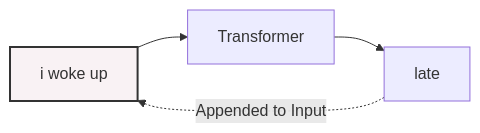
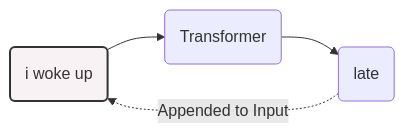
The first of 2 diagrams in blog/content/preface.md (Lyd1aCla1r3/lyd1acla1r3.github.io), drawn with Mermaid before and after one commit. The commit also changed other lines of this file and 3 other files, not shown here.

Commit message:
Update Mermaid aesthetic and format vocabulary as table

````diff
--- a/blog/content/preface.md
+++ b/blog/content/preface.md
@@ -49,7 +42,7 @@
 ```mermaid
 graph LR
-    A["<BOS> i woke up"] --> B[Transformer]
-    B --> C["late"]
+    A("<BOS> i woke up") --> B("Transformer")
+    B --> C("late")
     C -.->|Appended to Input| A
     style A fill:#f9f2f4,stroke:#333,stroke-width:2px
 ```
````
